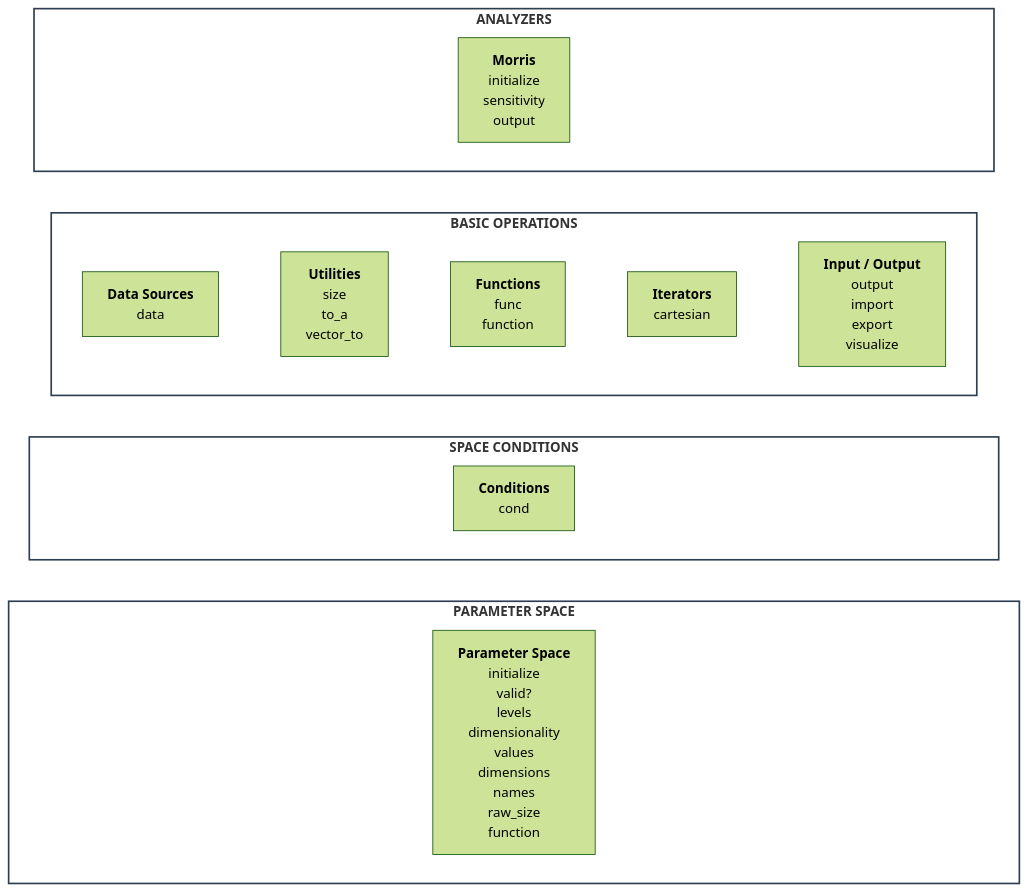
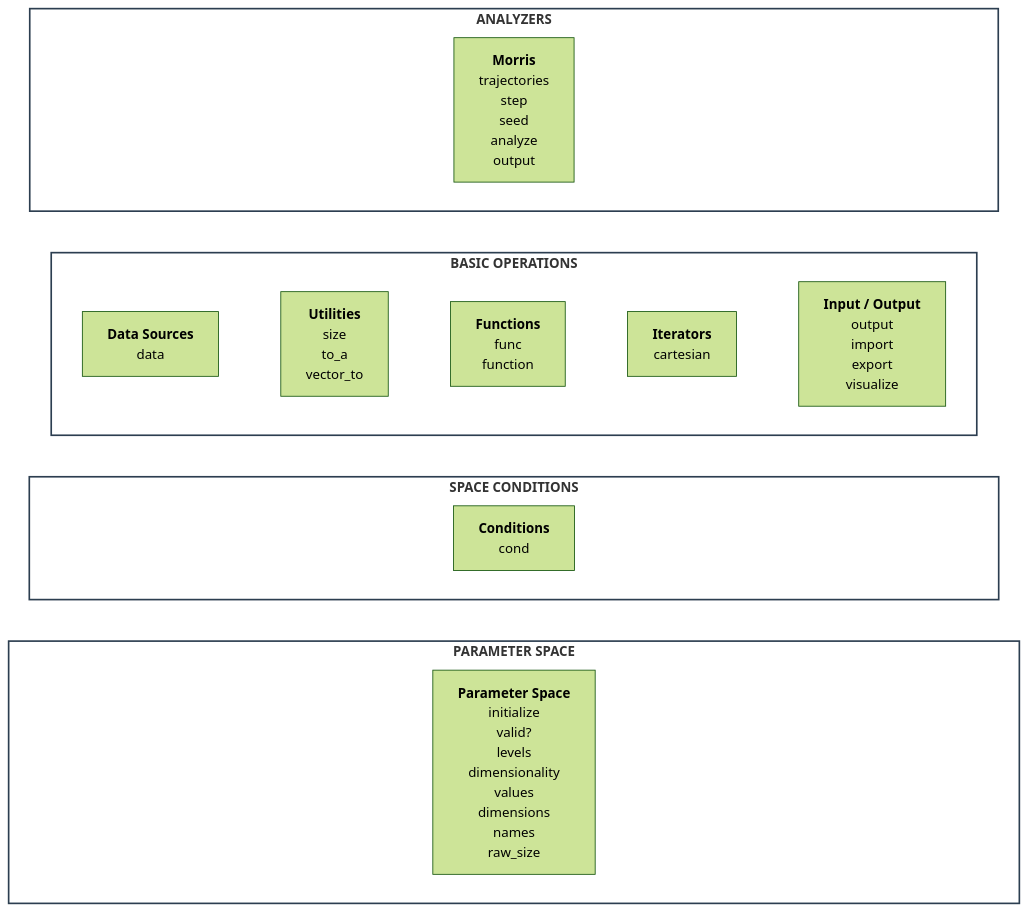
The diagram in docs/api/api.md (Yuri-Rassokhin/flex-cartesian), drawn with Mermaid (forest theme) before and after one commit. The commit also changed other lines of this file, not shown here.

````diff
--- a/docs/api/api.md
+++ b/docs/api/api.md
@@ -6,31 +6,31 @@
 ```mermaid
 flowchart TB
     classDef layer fill:#ffffff,stroke:#2c3e50,stroke-width:2px;
     classDef ghost fill:transparent,stroke:transparent,color:transparent;
 
     subgraph Analyzers ["<b>ANALYZERS</b>"]
         direction LR
-        gA1["xxxxxxxxxxxxxxxxxxxxxxxxxxxxxxxxxxxxxxxx"]:::ghost ~~~ M["<b>Morris</b><br/>initialize<br/>sensitivity<br/>output"] ~~~ gA2["xxxxxxxxxxxxxxxxxxxxxxxxxxxxxxxxxxxxxxxx"]:::ghost
+        gA1["xxxxxxxxxxxxxxxxxxxxxxxxxxxxxxxxxxxxxxxx"]:::ghost ~~~ M["<b>Morris</b><br/>trajectories<br/>step<br/>seed<br/>analyze<br/>output"] ~~~ gA2["xxxxxxxxxxxxxxxxxxxxxxxxxxxxxxxxxxxxxxxx"]:::ghost
     end
 
     subgraph Core ["<b>BASIC OPERATIONS</b>"]
         direction LR
         DS["<b>Data Sources</b><br/>data"] ~~~ UT["<b>Utilities</b><br/>size<br/>to_a<br/>vector_to"] ~~~ FN["<b>Functions</b><br/>func<br/>function"] ~~~ IT["<b>Iterators</b><br/>cartesian"] ~~~ IO["<b>Input / Output</b><br/>output<br/>import<br/>export<br/>visualize"]
     end
 
     subgraph Cond ["<b>SPACE CONDITIONS</b>"]
         direction LR
         gC1["xxxxxxxxxxxxxxxxxxxxxxxxxxxxxxxxxxxxxxxx"]:::ghost ~~~ C["<b>Conditions</b><br/>cond"] ~~~ gC2["xxxxxxxxxxxxxxxxxxxxxxxxxxxxxxxxxxxxxxxx"]:::ghost
     end
 
     subgraph Params ["<b>PARAMETER SPACE</b>"]
         direction LR
-        gP1["xxxxxxxxxxxxxxxxxxxxxxxxxxxxxxxxxxxxxxxx"]:::ghost ~~~ PS["<b>Parameter Space</b><br/>initialize<br/>valid?<br/>levels<br/>dimensionality<br/>values<br/>dimensions<br/>names<br/>raw_size<br/>function"] ~~~ gP2["xxxxxxxxxxxxxxxxxxxxxxxxxxxxxxxxxxxxxxxx"]:::ghost
+        gP1["xxxxxxxxxxxxxxxxxxxxxxxxxxxxxxxxxxxxxxxx"]:::ghost ~~~ PS["<b>Parameter Space</b><br/>initialize<br/>valid?<br/>levels<br/>dimensionality<br/>values<br/>dimensions<br/>names<br/>raw_size"] ~~~ gP2["xxxxxxxxxxxxxxxxxxxxxxxxxxxxxxxxxxxxxxxx"]:::ghost
     end
 
     Analyzers ~~~ Core
     Core ~~~ Cond
     Cond ~~~ Params
 
     class Analyzers,Core,Cond,Params layer;
 ```
````
